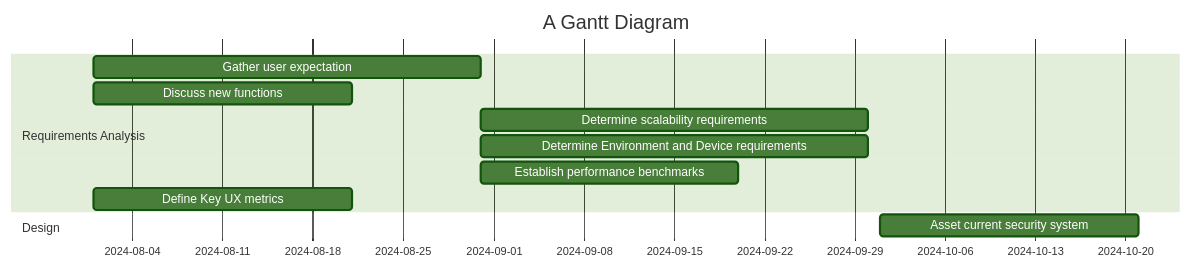
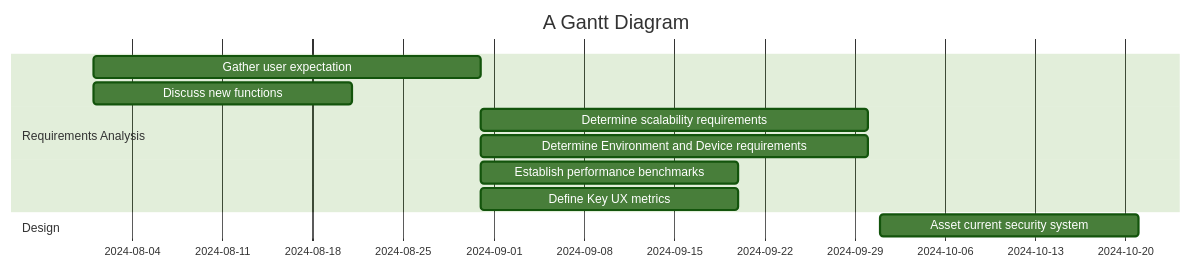
The diagram in all/Untitled-2.md (sayshelley/iodraw-files), drawn with Mermaid (forest theme) before and after one commit.

Commit message:
2024-10-05 00:19:20 update

````diff
--- a/all/Untitled-2.md
+++ b/all/Untitled-2.md
@@ -1,23 +1,23 @@
 ```mermaid
 gantt
     title A Gantt Diagram
     dateFormat  YYYY-MM-DD
     section Requirements Analysis
         Gather user expectation: a4, 2024-08-01, 30d
         Discuss new functions: a6, 2024-08-01, 20d
         Determine scalability requirements: a1, after a4, 30d
         Determine Environment and Device requirements: a2, after a4, 30d
         Establish performance benchmarks: a3, after a4, 20d
-        Define Key UX metrics: a5, 2024-08-01, 20d
+        Define Key UX metrics: a5, after a4, 20d
         
     section Design
         Asset current security system: b1, 2024-10-01, 20d
 
     section Develop
 
 
     
 
 
    
 ```
````
